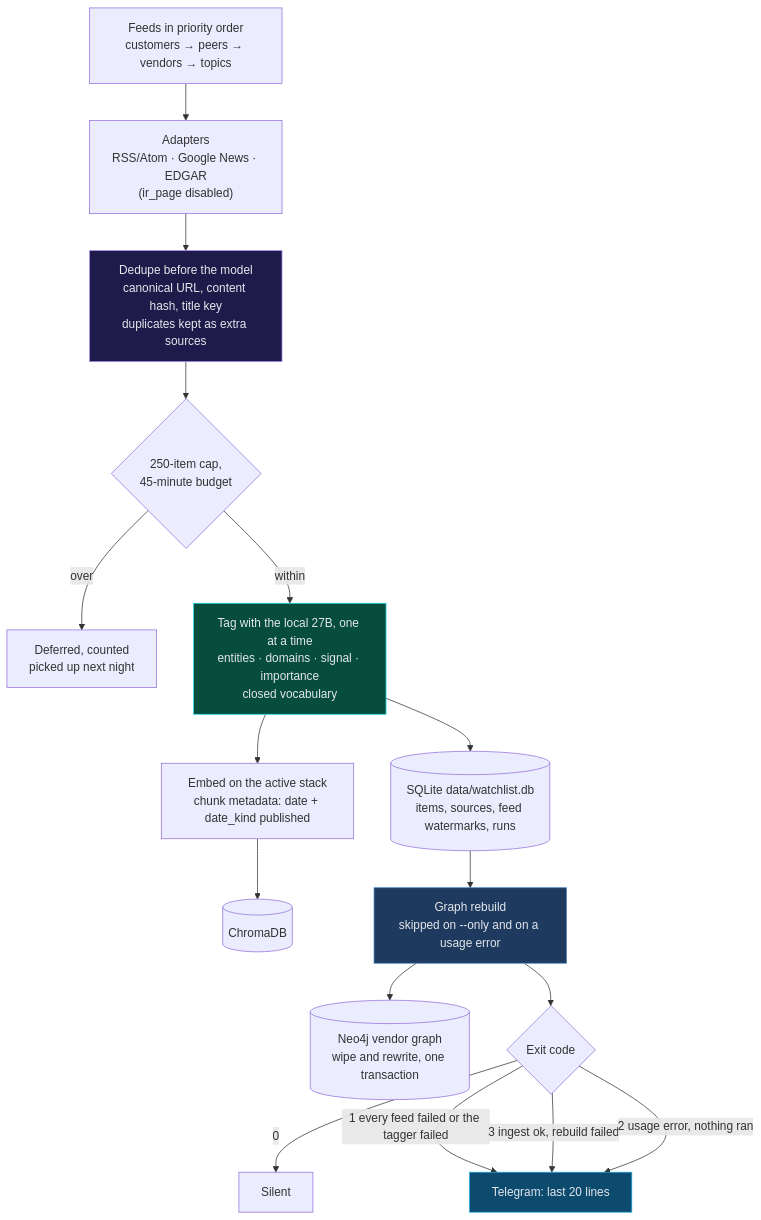
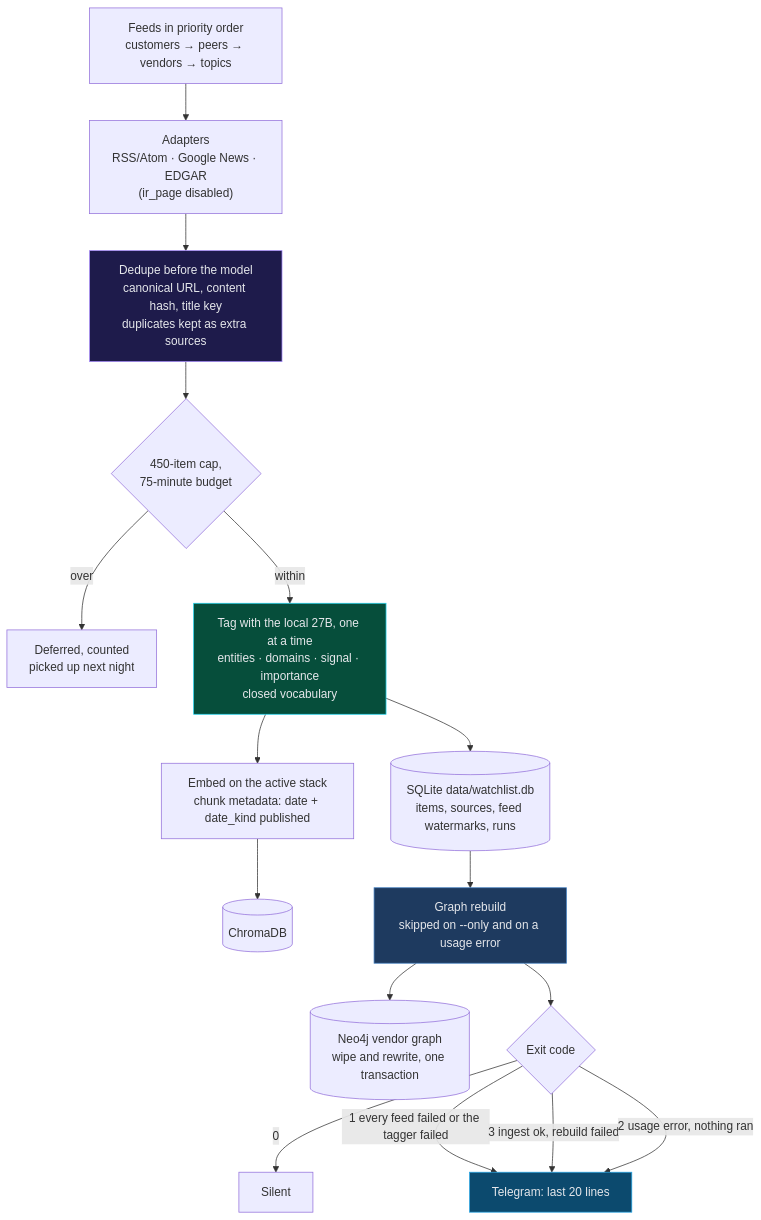
The tenth of 24 diagrams in README.md (sebdallais-git/PharmaIT_Chat_and_Digest), drawn with Mermaid before and after one commit. The commit also changed other lines of this file and 4 other files, not shown here.

Commit message:
fix: nightly ingest sized for 60 customers — 450 items, 75-minute budget, 3-hour job timeout (#75)

````diff
--- a/README.md
+++ b/README.md
@@ -715,23 +715,23 @@
 ```mermaid
 flowchart TD
     F["Feeds in priority order<br/>customers → peers → vendors → topics"] --> A["Adapters<br/>RSS/Atom · Google News · EDGAR<br/>(ir_page disabled)"]
     A --> D["Dedupe before the model<br/>canonical URL, content hash, title key<br/>duplicates kept as extra sources"]
-    D --> CAP{"250-item cap,<br/>45-minute budget"}
+    D --> CAP{"450-item cap,<br/>75-minute budget"}
     CAP -- "over" --> DEF["Deferred, counted<br/>picked up next night"]
     CAP -- "within" --> T["Tag with the local 27B, one at a time<br/>entities · domains · signal · importance<br/>closed vocabulary"]
     T --> S[("SQLite data/watchlist.db<br/>items, sources, feed watermarks, runs")]
     T --> E["Embed on the active stack<br/>chunk metadata: date + date_kind published"]
     E --> C[("ChromaDB")]
     S --> RB["Graph rebuild<br/>skipped on --only and on a usage error"]
     RB --> NEO[("Neo4j vendor graph<br/>wipe and rewrite, one transaction")]
     RB --> X{"Exit code"}
     X -- "0" --> Q["Silent"]
     X -- "1 every feed failed or the tagger failed" --> TG["Telegram: last 20 lines"]
     X -- "3 ingest ok, rebuild failed" --> TG
     X -- "2 usage error, nothing ran" --> TG
 
     style D fill:#1e1b4b,stroke:#a78bfa,color:#e5e7eb
     style T fill:#064e3b,stroke:#22d3ee,color:#e5e7eb
     style RB fill:#1e3a5f,stroke:#4581C3,color:#e5e7eb
     style TG fill:#0c4a6e,stroke:#26A5E4,color:#e5e7eb
 ```
````
